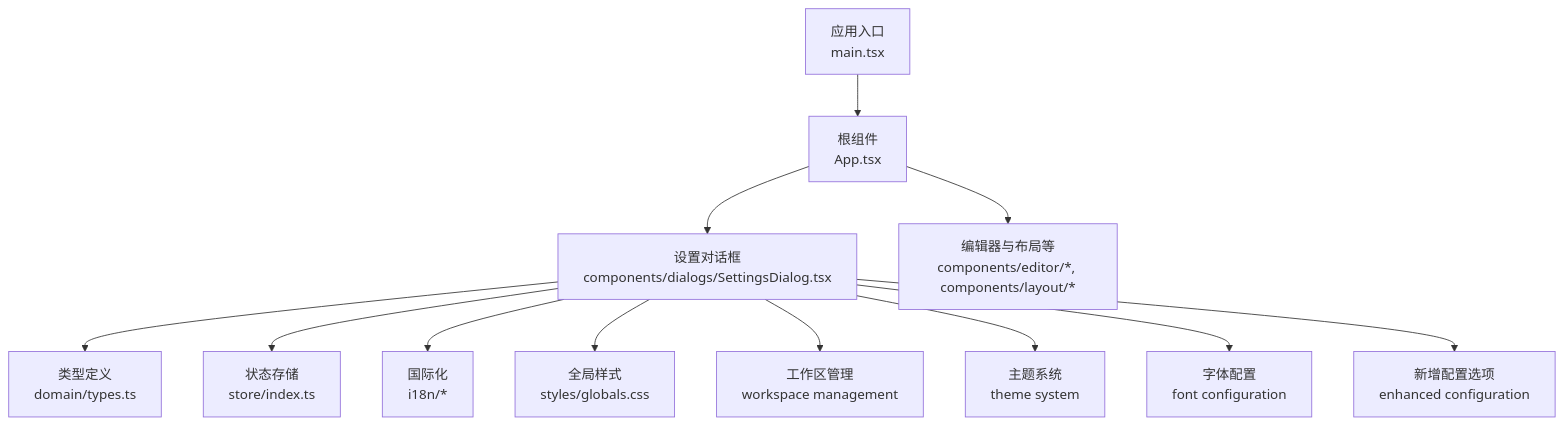
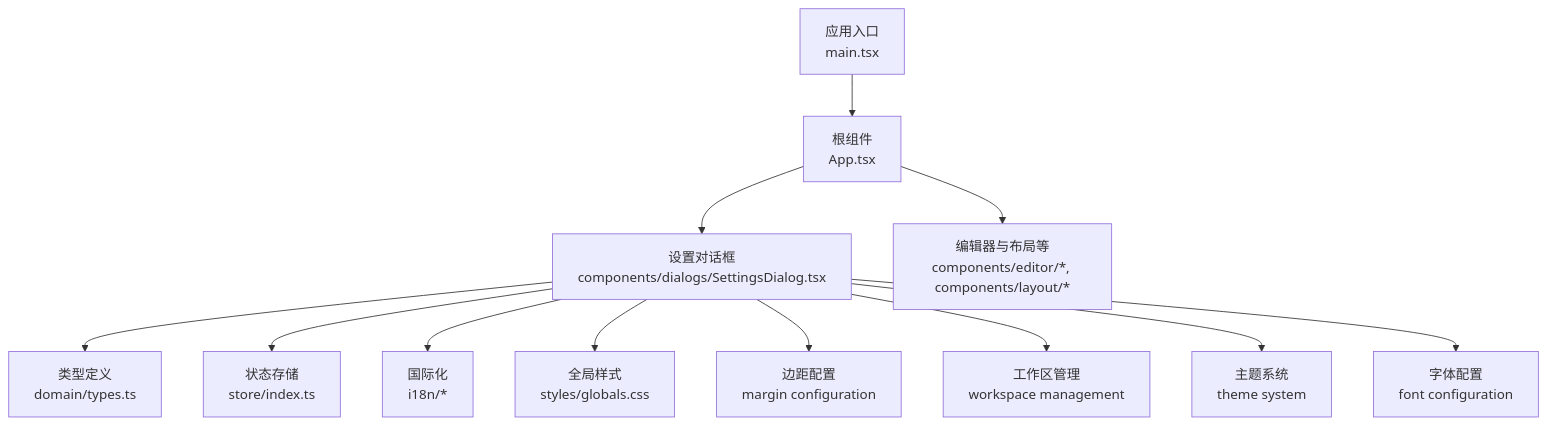
Before and after one commit to gongshiyun/ZenNote: the first of 4 diagrams in .qoder/repowiki/zh/content/对话框系统.md, drawn with Mermaid. The commit also changed other lines of this file and 30 other files, not shown here.

````diff
--- a/.qoder/repowiki/zh/content/对话框系统.md
+++ b/.qoder/repowiki/zh/content/对话框系统.md
@@ -44,14 +43,14 @@
 ```mermaid
 graph TB
 A["应用入口<br/>main.tsx"] --> B["根组件<br/>App.tsx"]
 B --> C["设置对话框<br/>components/dialogs/SettingsDialog.tsx"]
 B --> D["编辑器与布局等<br/>components/editor/*, components/layout/*"]
 C --> E["类型定义<br/>domain/types.ts"]
 C --> F["状态存储<br/>store/index.ts"]
 C --> G["国际化<br/>i18n/*"]
 C --> H["全局样式<br/>styles/globals.css"]
-C --> I["工作区管理<br/>workspace management"]
-C --> J["主题系统<br/>theme system"]
-C --> K["字体配置<br/>font configuration"]
-C --> L["新增配置选项<br/>enhanced configuration"]
+C --> I["边距配置<br/>margin configuration"]
+C --> J["工作区管理<br/>workspace management"]
+C --> K["主题系统<br/>theme system"]
+C --> L["字体配置<br/>font configuration"]
 ```
````
